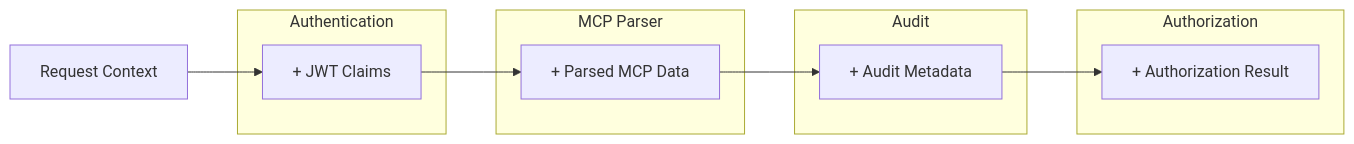
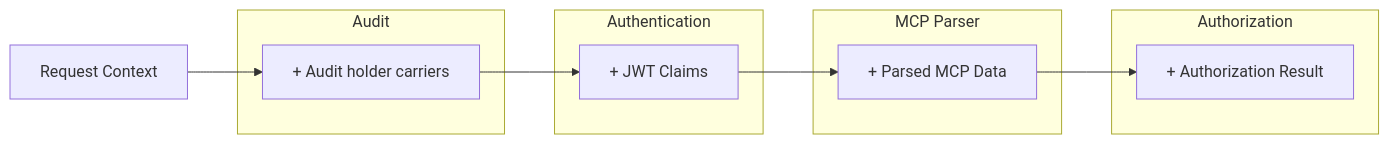
Before and after one commit to stacklok/toolhive: the third of 4 diagrams in docs/middleware.md, drawn with Mermaid. The commit also changed other lines of this file and 13 other files, not shown here.

````diff
--- a/docs/middleware.md
+++ b/docs/middleware.md
@@ -619,23 +625,23 @@
 ```mermaid
 graph LR
-    A[Request Context] --> B[+ JWT Claims]
+    A[Request Context] --> E[+ Audit holder carriers]
+    E --> B[+ JWT Claims]
     B --> C[+ Parsed MCP Data]
-    C --> E[+ Audit Metadata]
-    E --> D[+ Authorization Result]
+    C --> D[+ Authorization Result]
+    
+    subgraph "Audit"
+        E
+    end
     
     subgraph "Authentication"
         B
     end
     
     subgraph "MCP Parser"
         C
     end
     
-    subgraph "Audit"
-        E
-    end
-    
     subgraph "Authorization"
         D
     end
 ```
````
